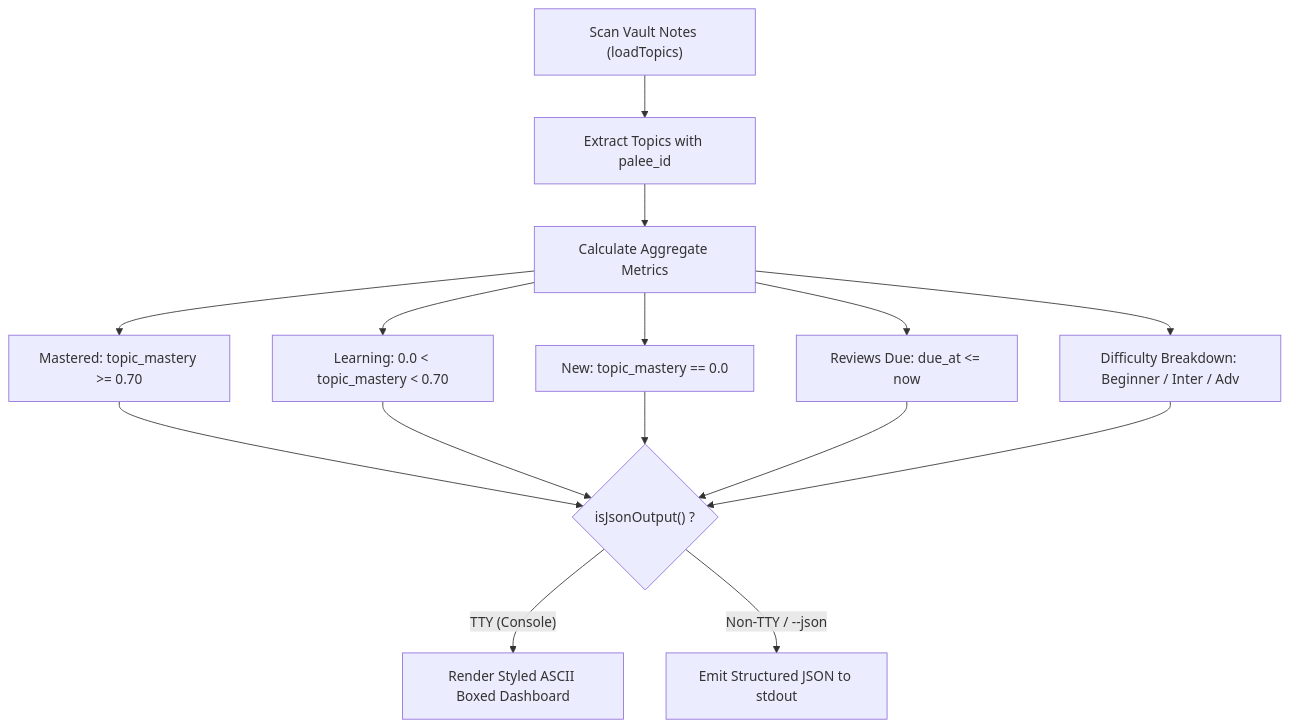
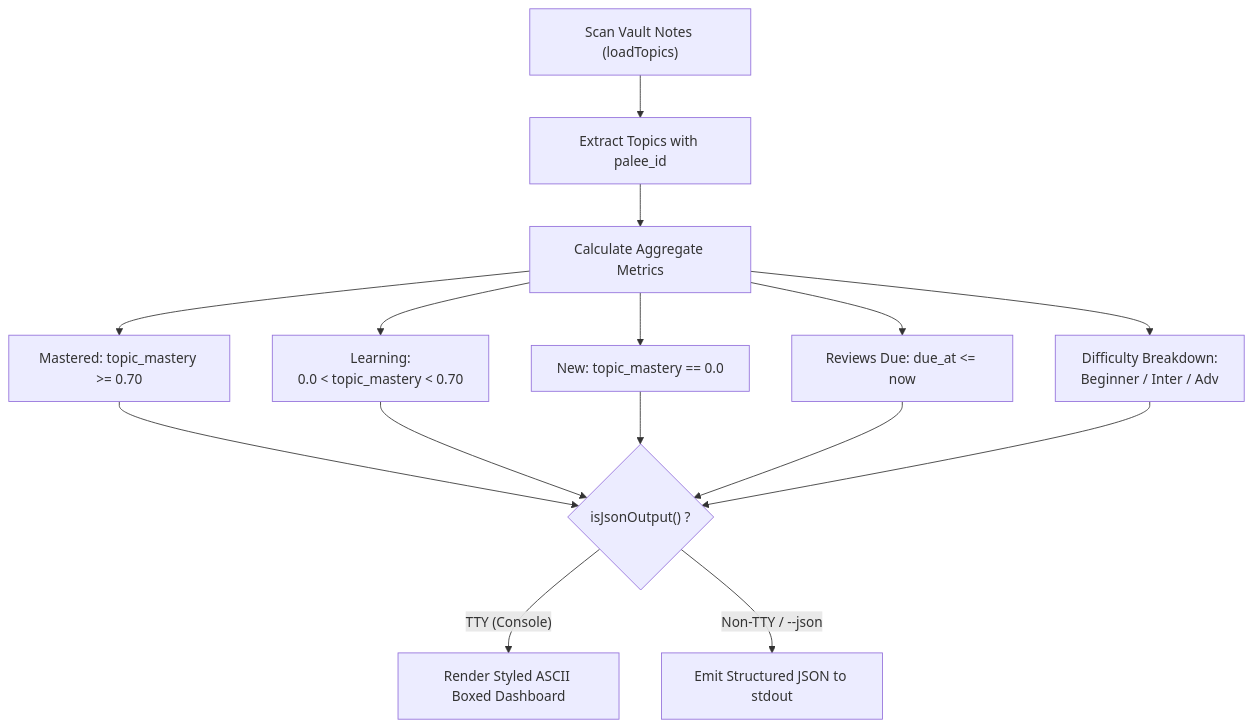
Before and after one commit to Kuldeep2822k/cli: the first of 2 diagrams in docs/02-3-reporting-commands.md, drawn with Mermaid. The commit also changed other lines of this file and 21 other files, not shown here.

Commit message:
docs: resolve documentation audit drift, navigation gaps, and diagram layouts

````diff
--- a/docs/02-3-reporting-commands.md
+++ b/docs/02-3-reporting-commands.md
@@ -47,15 +47,15 @@
 ```mermaid
 flowchart TD
     ScanVault["Scan Vault Notes (loadTopics)"] --> FilterTopics["Extract Topics with palee_id"]
     FilterTopics --> MetricCalc["Calculate Aggregate Metrics"]
     
     MetricCalc --> Mastered["Mastered: topic_mastery &gt;= 0.70"]
-    MetricCalc --> Learning["Learning: 0.0 &lt; topic_mastery &lt; 0.70"]
+    MetricCalc --> Learning["Learning:<br/>0.0 &lt; topic_mastery &lt; 0.70"]
     MetricCalc --> New["New: topic_mastery == 0.0"]
     MetricCalc --> Due["Reviews Due: due_at &lt;= now"]
-    MetricCalc --> DiffBreak["Difficulty Breakdown: Beginner / Inter / Adv"]
+    MetricCalc --> DiffBreak["Difficulty Breakdown:<br/>Beginner / Inter / Adv"]
     
     Mastered & Learning & New & Due & DiffBreak --> FormatCheck{"isJsonOutput() ?"}
     FormatCheck -->|"TTY (Console)"| RenderTable["Render Styled ASCII Boxed Dashboard"]
     FormatCheck -->|"Non-TTY / --json"| RenderJSON["Emit Structured JSON to stdout"]
 ```
````
